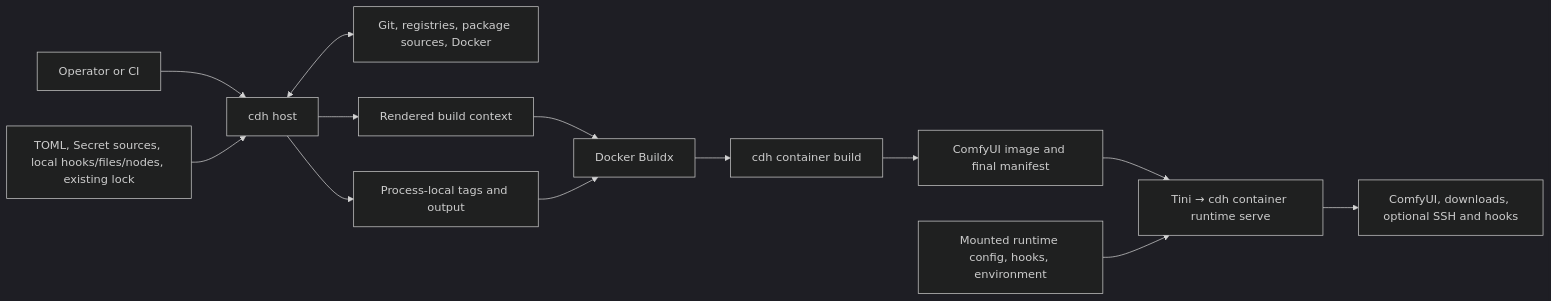
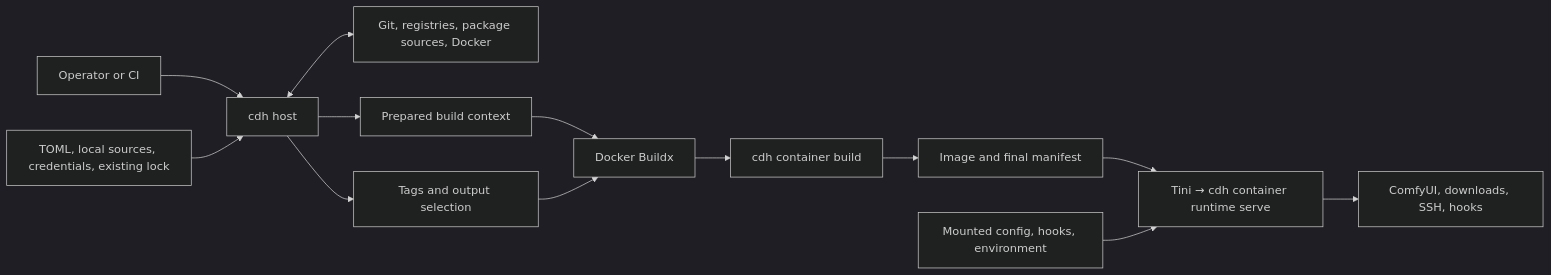
The diagram in docs/dev/architecture.md (jimlee2048/comfyui-docker-helper), drawn with Mermaid (dark theme) before and after one commit. The commit also changed other lines of this file and 14 other files, not shown here.

````diff
--- a/docs/dev/architecture.md
+++ b/docs/dev/architecture.md
@@ -9,15 +9,15 @@
 ```mermaid
 flowchart LR
     Operator["Operator or CI"] --> Host["cdh host"]
-    Inputs["TOML, Secret sources, local hooks/files/nodes, existing lock"] --> Host
+    Inputs["TOML, local sources, credentials, existing lock"] --> Host
     Host <--> Providers["Git, registries, package sources, Docker"]
-    Host --> Context["Rendered build context"]
-    Host --> Publication["Process-local tags and output"]
+    Host --> Context["Prepared build context"]
+    Host --> Publication["Tags and output selection"]
     Context --> Buildx["Docker Buildx"]
     Publication --> Buildx
     Buildx --> Helpers["cdh container build"]
-    Helpers --> Image["ComfyUI image and final manifest"]
+    Helpers --> Image["Image and final manifest"]
     Image --> Runtime["Tini → cdh container runtime serve"]
-    Deployment["Mounted runtime config, hooks, environment"] --> Runtime
-    Runtime --> Services["ComfyUI, downloads, optional SSH and hooks"]
+    Deployment["Mounted config, hooks, environment"] --> Runtime
+    Runtime --> Services["ComfyUI, downloads, SSH, hooks"]
 ```
````
